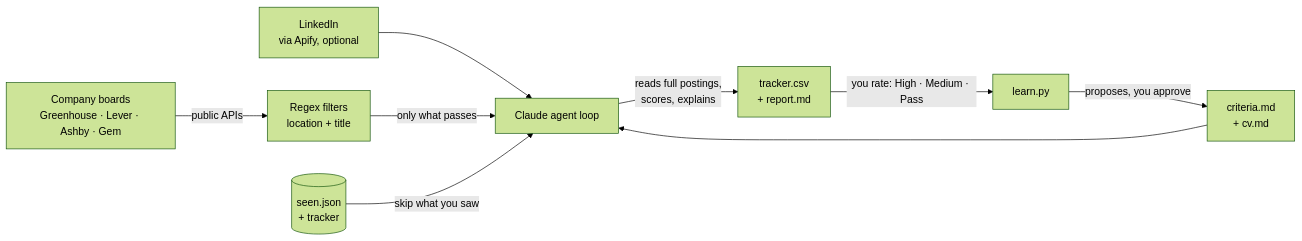
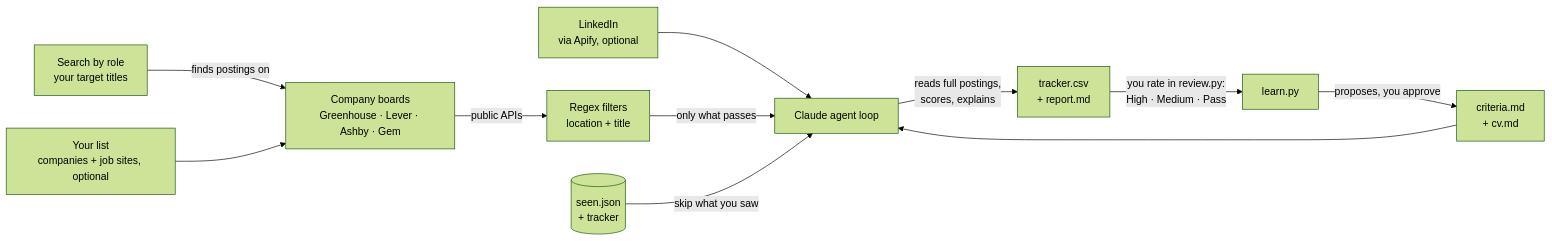
The diagram in README.md (jonaslnino/job-scout-agent), drawn with Mermaid (forest theme) before and after one commit. The commit also changed other lines of this file and 8 other files, not shown here.

````diff
--- a/README.md
+++ b/README.md
@@ -65,11 +68,13 @@
 ```mermaid
 flowchart LR
+    R[Search by role<br/>your target titles] -->|finds postings on| A
     A[Company boards<br/>Greenhouse · Lever · Ashby · Gem] -->|public APIs| F[Regex filters<br/>location + title]
+    W[Your list<br/>companies + job sites, optional] --> A
     L[LinkedIn<br/>via Apify, optional] --> M
     F -->|only what passes| M[Claude agent loop]
     S[(seen.json<br/>+ tracker)] -->|skip what you saw| M
     C[criteria.md<br/>+ cv.md] --> M
     M -->|reads full postings,<br/>scores, explains| O[tracker.csv<br/>+ report.md]
-    O -->|you rate: High · Medium · Pass| E[learn.py]
+    O -->|you rate in review.py:<br/>High · Medium · Pass| E[learn.py]
     E -->|proposes, you approve| C
 ```
````
